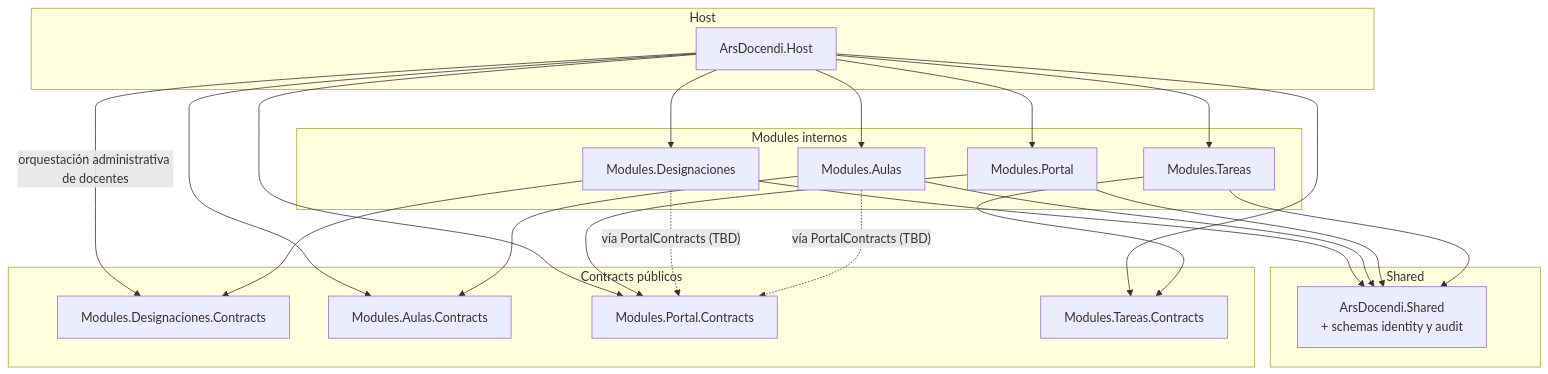
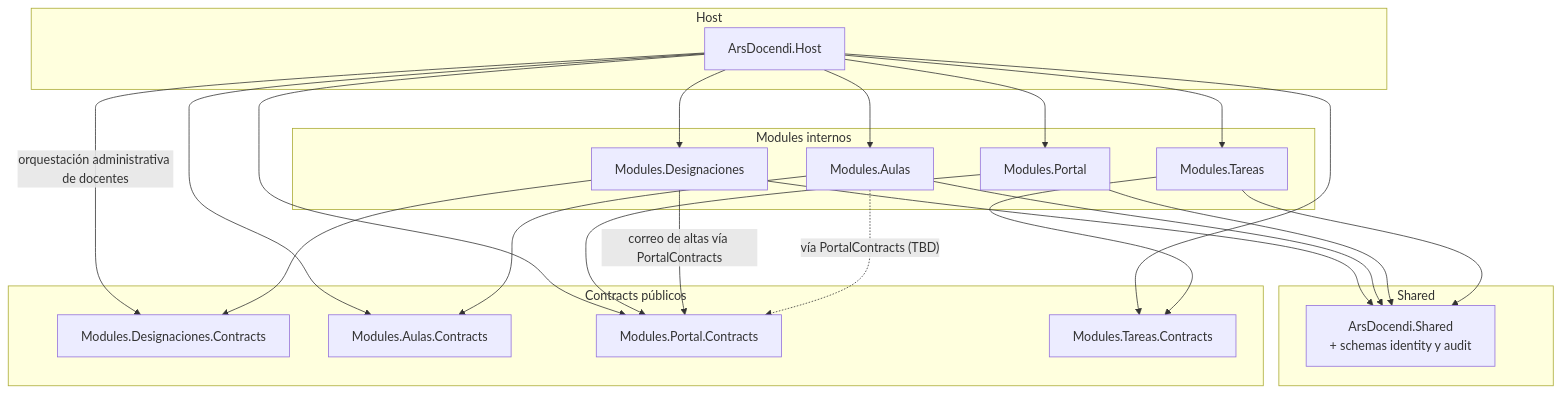
The diagram in docs/architecture/dependency-graph.md (Ars-Docendi/ars-docendi), drawn with Mermaid before and after one commit. The commit also changed other lines of this file and 13 other files, not shown here.

````diff
--- a/docs/architecture/dependency-graph.md
+++ b/docs/architecture/dependency-graph.md
@@ -9,43 +9,43 @@
 ```mermaid
 flowchart TD
   subgraph host [Host]
     Host["ArsDocendi.Host"]
   end
   subgraph shared [Shared]
     Shared["ArsDocendi.Shared<br/>+ schemas identity y audit"]
   end
   subgraph contracts [Contracts públicos]
     DesignacionesContracts["Modules.Designaciones.Contracts"]
     AulasContracts["Modules.Aulas.Contracts"]
     PortalContracts["Modules.Portal.Contracts"]
     TareasContracts["Modules.Tareas.Contracts"]
   end
   subgraph modules [Modules internos]
     Designaciones["Modules.Designaciones"]
     Aulas["Modules.Aulas"]
     Portal["Modules.Portal"]
     Tareas["Modules.Tareas"]
   end
 
   Host --> Designaciones
   Host --> Aulas
   Host --> Portal
   Host --> Tareas
   Host -->|"orquestación administrativa de docentes"| DesignacionesContracts
   Host --> AulasContracts
   Host --> PortalContracts
   Host --> TareasContracts
 
   Designaciones --> Shared
   Aulas --> Shared
   Portal --> Shared
   Tareas --> Shared
 
   Designaciones --> DesignacionesContracts
   Aulas --> AulasContracts
   Portal --> PortalContracts
   Tareas --> TareasContracts
 
-  Designaciones -.->|"vía PortalContracts (TBD)"| PortalContracts
+  Designaciones -->|"correo de altas vía PortalContracts"| PortalContracts
   Aulas -.->|"vía PortalContracts (TBD)"| PortalContracts
 ```
````
